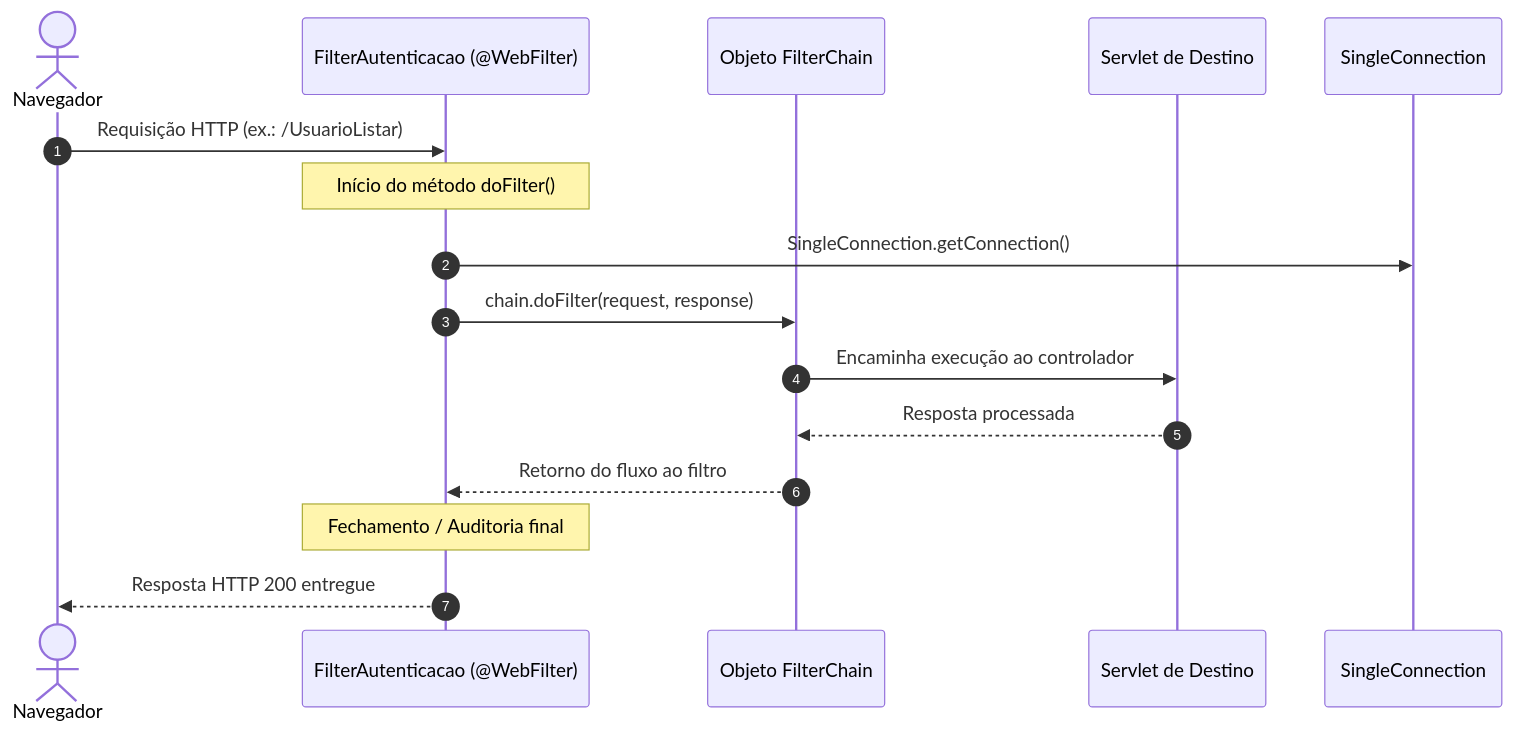
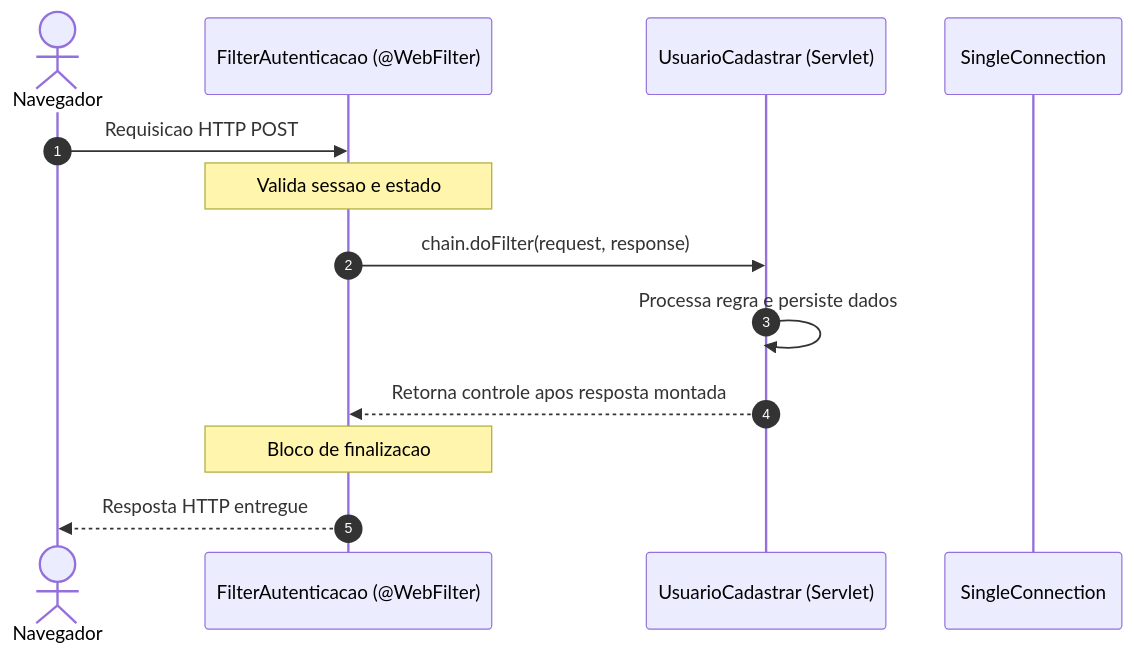
One commit to murilolol/unifef changed diagram 12 of 17 in 3º Semestre/[Prof. Jefferson Passerini] Laboratório de Programação III/Resumos-IA/Caderno-Consolidado.md. Above: the diagram before and after it, drawn with Mermaid. The commit also changed other lines of this file and 10 other files, not shown here.

````diff
--- a/3º Semestre/[Prof. Jefferson Passerini] Laboratório de Programação III/Resumos-IA/Caderno-Consolidado.md
+++ b/3º Semestre/[Prof. Jefferson Passerini] Laboratório de Programação III/Resumos-IA/Caderno-Consolidado.md
@@ -624,19 +961,16 @@
 ```mermaid
 sequenceDiagram
     autonumber
-    actor Cliente as Navegador
+    actor Navegador
     participant Filter as FilterAutenticacao (@WebFilter)
-    participant Chain as Objeto FilterChain
-    participant Servlet as Servlet de Destino
-    participant Conn as SingleConnection
+    participant Servlet as UsuarioCadastrar (Servlet)
+    participant SingleConn as SingleConnection
 
-    Cliente->>Filter: Requisição HTTP (ex.: /UsuarioListar)
-    Note over Filter: Início do método doFilter()
-    Filter->>Conn: SingleConnection.getConnection()
-    Filter->>Chain: chain.doFilter(request, response)
-    Chain->>Servlet: Encaminha execução ao controlador
-    Servlet-->>Chain: Resposta processada
-    Chain-->>Filter: Retorno do fluxo ao filtro
-    Note over Filter: Fechamento / Auditoria final
-    Filter-->>Cliente: Resposta HTTP 200 entregue
+    Navegador->>Filter: Requisicao HTTP POST
+    Note over Filter: Valida sessao e estado
+    Filter->>Servlet: chain.doFilter(request, response)
+    Servlet->>Servlet: Processa regra e persiste dados
+    Servlet-->>Filter: Retorna controle apos resposta montada
+    Note over Filter: Bloco de finalizacao
+    Filter-->>Navegador: Resposta HTTP entregue
 ```
````
